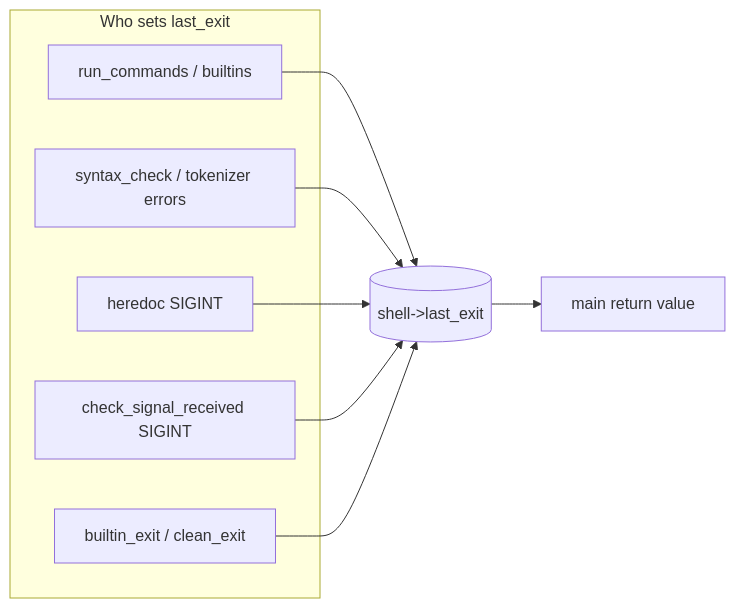
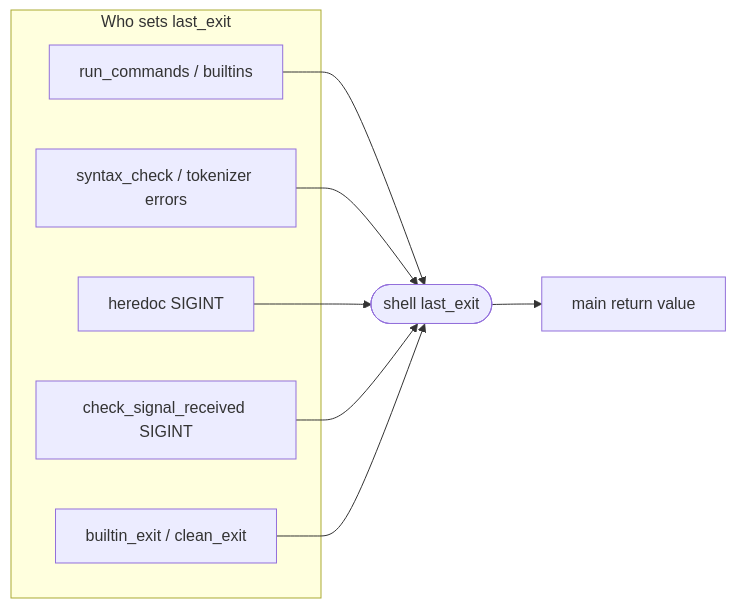
Diagram 14 of 14 in docs/MINISHELL_ARCHITECTURE.md (gkhavari/minishell), drawn with Mermaid before and after one commit. The commit also changed other lines of this file and 9 other files, not shown here.

````diff
--- a/docs/MINISHELL_ARCHITECTURE.md
+++ b/docs/MINISHELL_ARCHITECTURE.md
@@ -986,16 +986,16 @@
 ```mermaid
 flowchart LR
     subgraph set["Who sets last_exit"]
         EX[run_commands / builtins]
         SY[syntax_check / tokenizer errors]
         HD[heredoc SIGINT]
         CS[check_signal_received SIGINT]
         XT[builtin_exit / clean_exit]
     end
-    EX --> LE[(shell->last_exit)]
+    EX --> LE([shell last_exit])
     SY --> LE
     HD --> LE
     CS --> LE
     XT --> LE
     LE --> MAIN[main return value]
 ```
````
